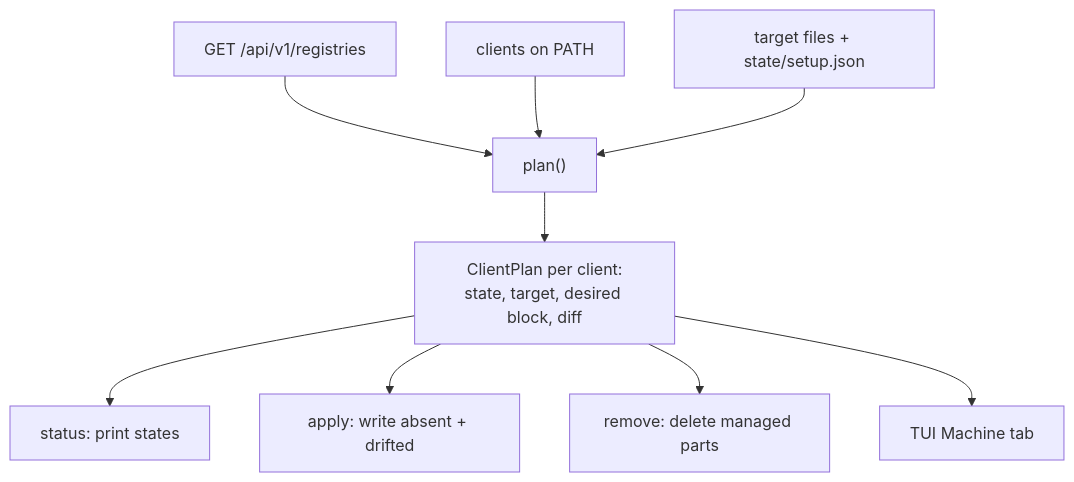
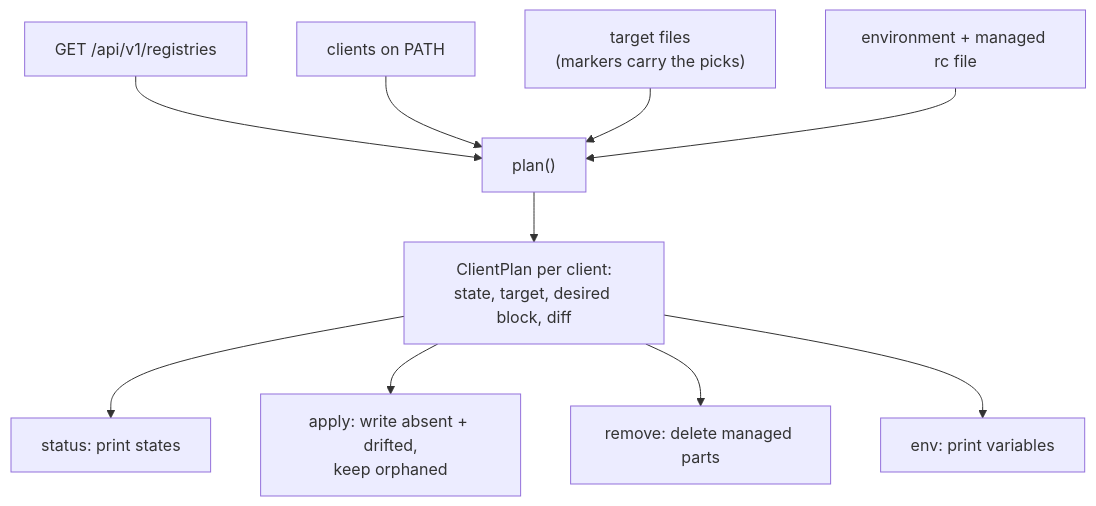
One commit to batlehub/batlehub changed the second of 2 diagrams in docs/rfc/0038-client-setup-apply.md. Above: the diagram before and after it, drawn with Mermaid. The commit also changed other lines of this file and 61 other files, not shown here.

First line of the commit message:
feat(cli): setup apply/status/remove/env — RFC 0038 phases 1 and 2 (#243)

````diff
--- a/docs/rfc/0038-client-setup-apply.md
+++ b/docs/rfc/0038-client-setup-apply.md
@@ -287,11 +375,12 @@
 ```mermaid
 flowchart TD
     S["GET /api/v1/registries"] --> P["plan()"]
     C["clients on PATH"] --> P
-    F["target files + state/setup.json"] --> P
+    F["target files<br/>(markers carry the picks)"] --> P
+    E["environment + managed rc file"] --> P
     P --> T["ClientPlan per client:<br/>state, target, desired block, diff"]
     T --> ST["status: print states"]
-    T --> AP["apply: write absent + drifted"]
+    T --> AP["apply: write absent + drifted,<br/>keep orphaned"]
     T --> RM["remove: delete managed parts"]
-    T --> TUI["TUI Machine tab"]
+    T --> EN["env: print variables"]
 ```
````
